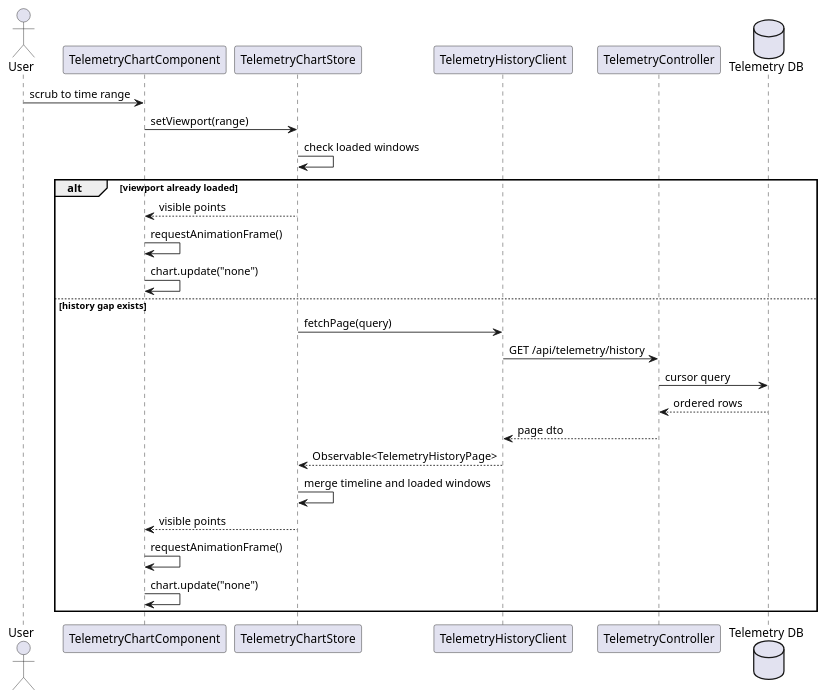
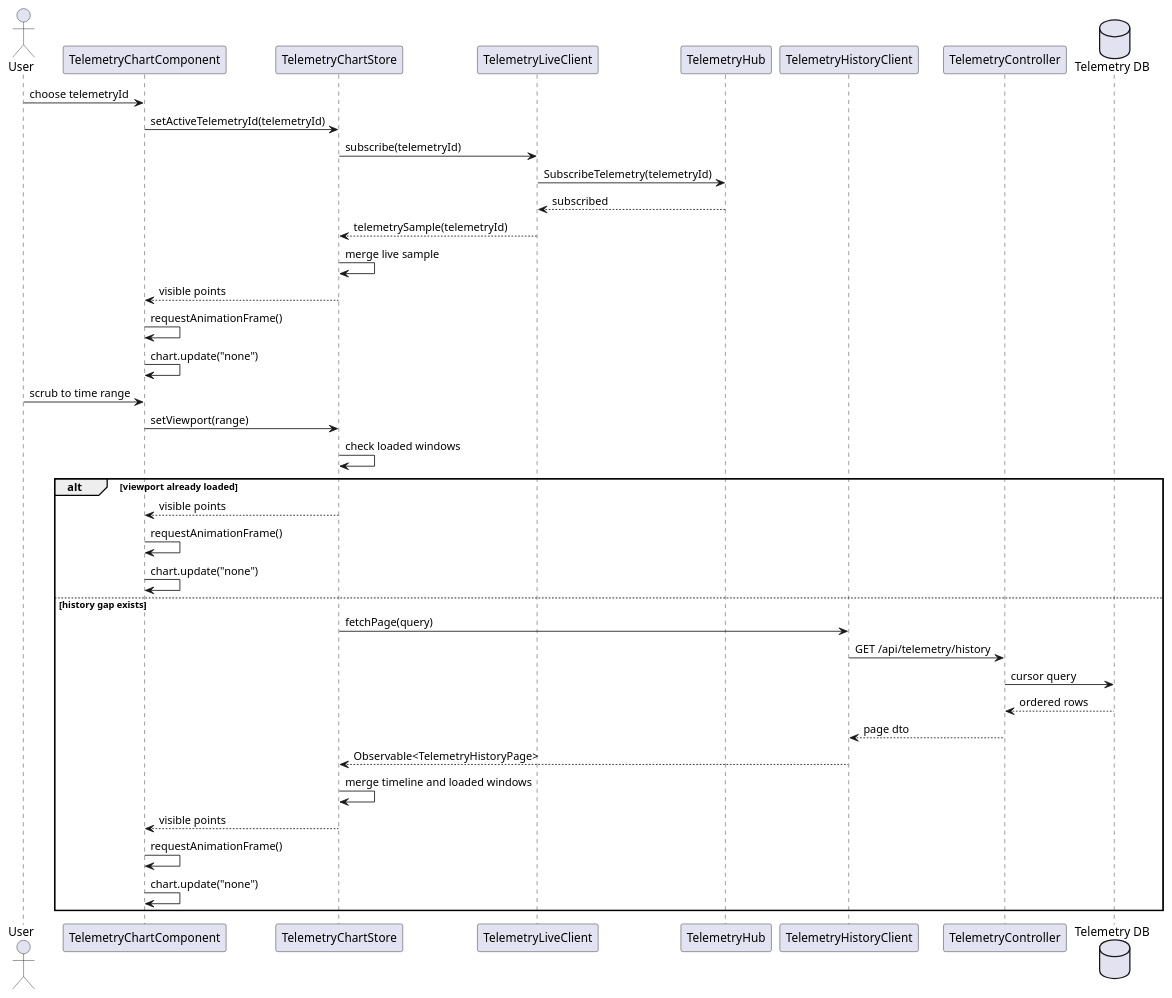
One commit to QuinntyneBrown/open-mct-real-time-and-historical-telemetry-visualization changed the diagram in docs/diagrams/historical-telemetry-retrieval-sequence.puml. Above: the diagram before and after it, drawn with PlantUML. The commit also changed 9 other files, not shown here.

```diff
--- a/docs/diagrams/historical-telemetry-retrieval-sequence.puml
+++ b/docs/diagrams/historical-telemetry-retrieval-sequence.puml
@@ -1,29 +1,42 @@
 @startuml
 actor User
 participant TelemetryChartComponent
 participant TelemetryChartStore
+participant TelemetryLiveClient
+participant TelemetryHub
 participant TelemetryHistoryClient
 participant TelemetryController
 database "Telemetry DB" as Db
+
+User -> TelemetryChartComponent : choose telemetryId
+TelemetryChartComponent -> TelemetryChartStore : setActiveTelemetryId(telemetryId)
+TelemetryChartStore -> TelemetryLiveClient : subscribe(telemetryId)
+TelemetryLiveClient -> TelemetryHub : SubscribeTelemetry(telemetryId)
+TelemetryHub --> TelemetryLiveClient : subscribed
+TelemetryLiveClient --> TelemetryChartStore : telemetrySample(telemetryId)
+TelemetryChartStore -> TelemetryChartStore : merge live sample
+TelemetryChartStore --> TelemetryChartComponent : visible points
+TelemetryChartComponent -> TelemetryChartComponent : requestAnimationFrame()
+TelemetryChartComponent -> TelemetryChartComponent : chart.update("none")
 
 User -> TelemetryChartComponent : scrub to time range
 TelemetryChartComponent -> TelemetryChartStore : setViewport(range)
 TelemetryChartStore -> TelemetryChartStore : check loaded windows
 
 alt viewport already loaded
   TelemetryChartStore --> TelemetryChartComponent : visible points
   TelemetryChartComponent -> TelemetryChartComponent : requestAnimationFrame()
   TelemetryChartComponent -> TelemetryChartComponent : chart.update("none")
 else history gap exists
   TelemetryChartStore -> TelemetryHistoryClient : fetchPage(query)
   TelemetryHistoryClient -> TelemetryController : GET /api/telemetry/history
   TelemetryController -> Db : cursor query
   Db --> TelemetryController : ordered rows
   TelemetryController --> TelemetryHistoryClient : page dto
   TelemetryHistoryClient --> TelemetryChartStore : Observable<TelemetryHistoryPage>
   TelemetryChartStore -> TelemetryChartStore : merge timeline and loaded windows
   TelemetryChartStore --> TelemetryChartComponent : visible points
   TelemetryChartComponent -> TelemetryChartComponent : requestAnimationFrame()
   TelemetryChartComponent -> TelemetryChartComponent : chart.update("none")
 end
 @enduml
```
